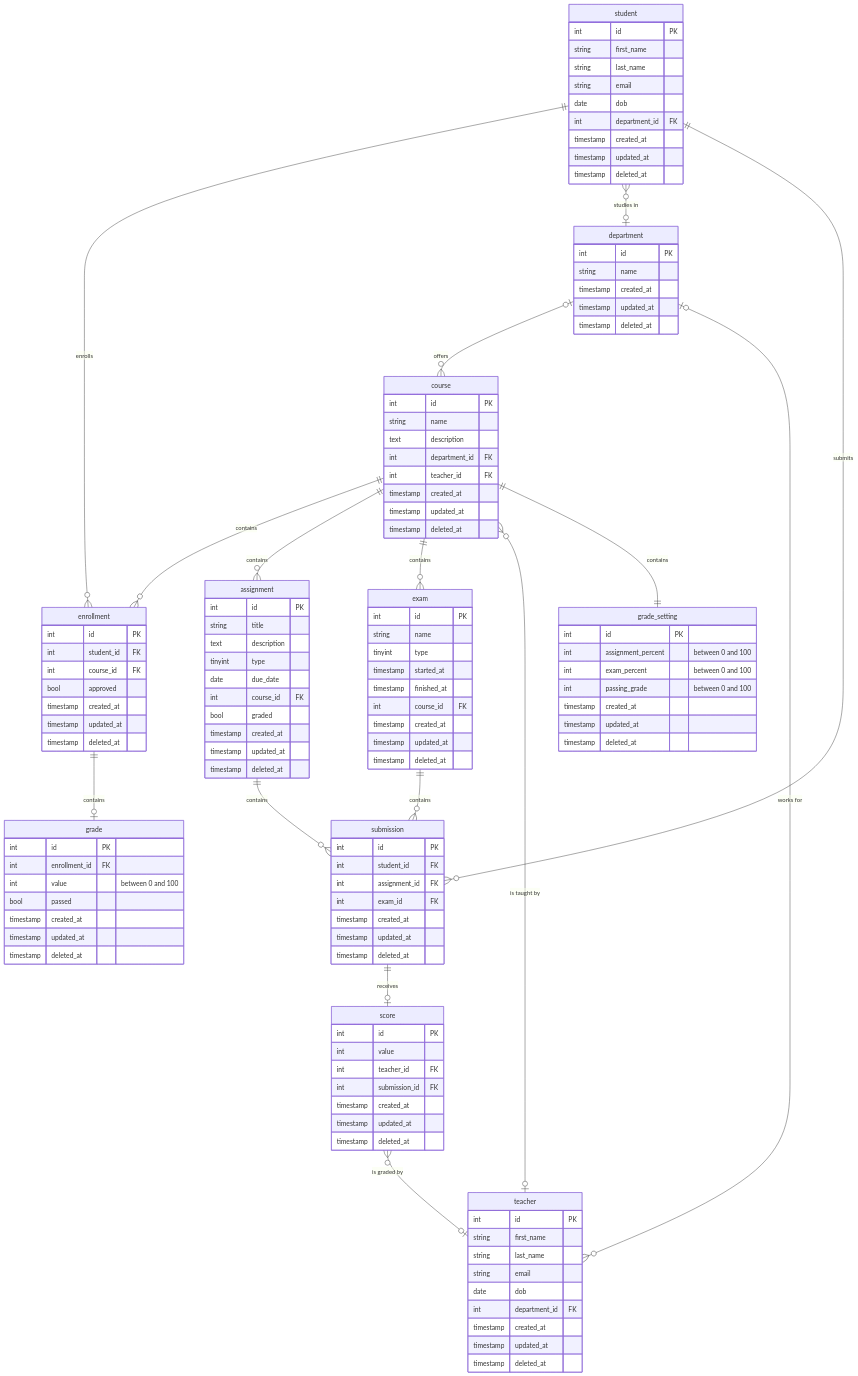
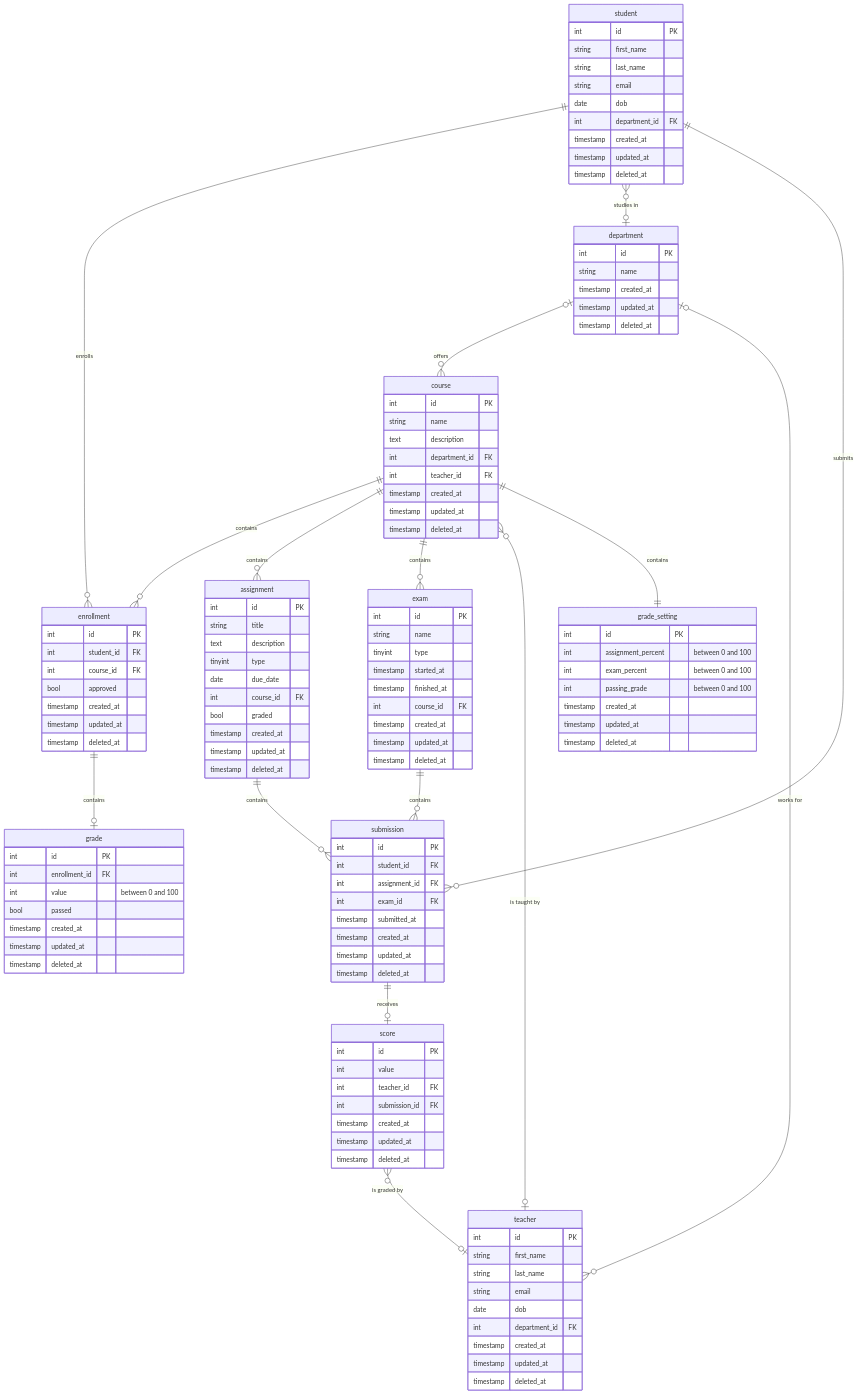
The diagram in README.md (LCYAD/be-exercise-guide), drawn with Mermaid before and after one commit. The commit also changed 7 other files, not shown here.

```diff
--- a/README.md
+++ b/README.md
@@ -130,6 +130,7 @@
         int student_id FK
         int assignment_id FK
         int exam_id FK
+        timestamp submitted_at
         timestamp created_at
         timestamp updated_at
         timestamp deleted_at
```
